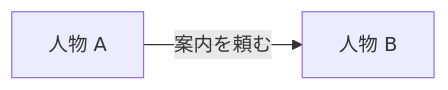
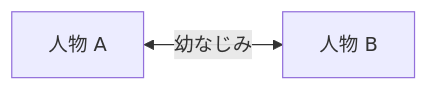
Before and after one commit to maco165/anime-guide: the diagram in templates/characters.md, drawn with Mermaid. The commit also changed other lines of this file and 7 other files, not shown here.

````diff
--- a/templates/characters.md
+++ b/templates/characters.md
@@ -23,4 +32,4 @@
 ```mermaid
 flowchart LR
-    A["人物 A"] -->|案内を頼む| B["人物 B"]
+    A["人物 A"] <-->|幼なじみ| B["人物 B"]
 ```
````
